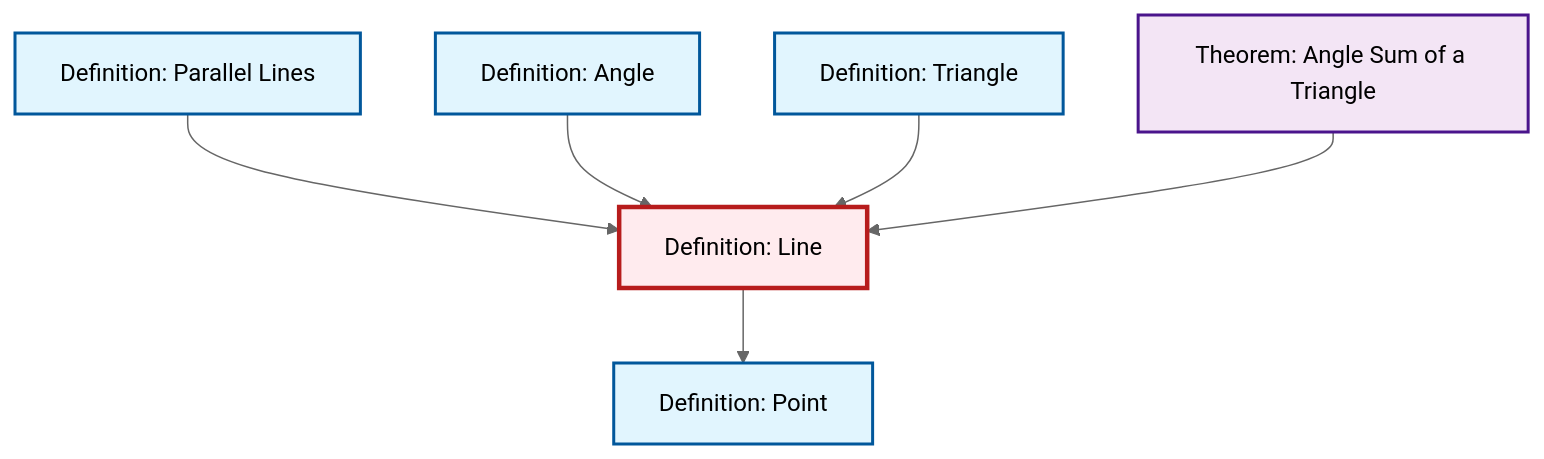
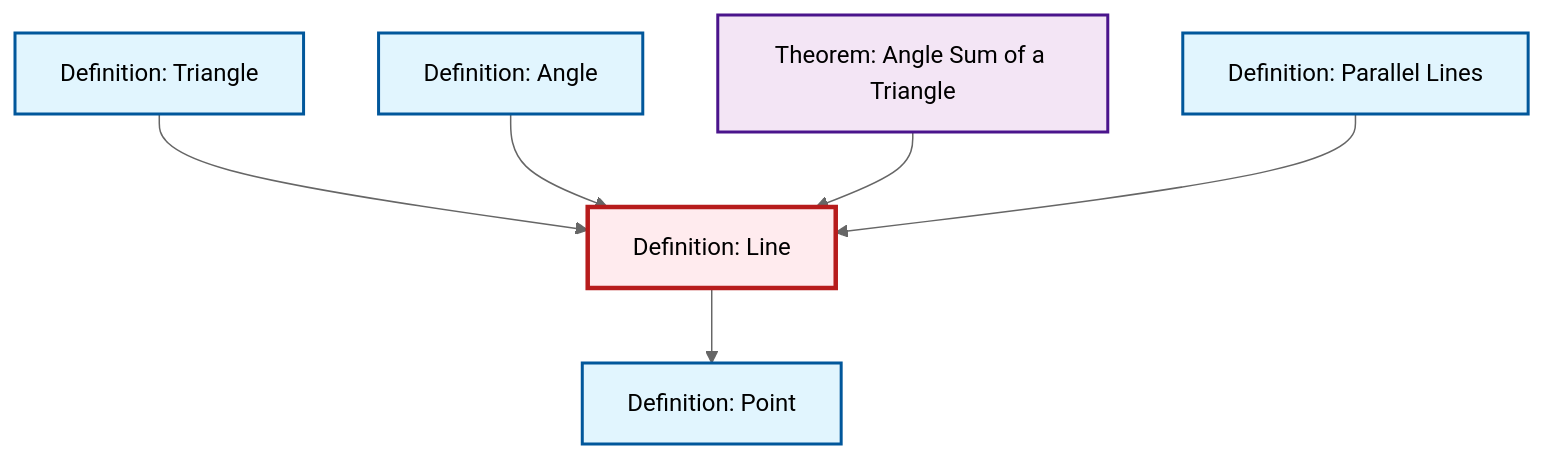
Before and after one commit to RK0429/ModernMath: the diagram in content/en/geometry/def-line.qmd, drawn with Mermaid (neutral theme). The commit also changed other lines of this file and 497 other files, not shown here.

````diff
--- a/content/en/geometry/def-line.qmd
+++ b/content/en/geometry/def-line.qmd
@@ -45,26 +45,26 @@
 ```{mermaid}
 %%| fig-cap: "Local dependency graph"
 graph TD
     classDef definition fill:#e1f5fe,stroke:#01579b,stroke-width:2px
     classDef theorem fill:#f3e5f5,stroke:#4a148c,stroke-width:2px
     classDef axiom fill:#fff3e0,stroke:#e65100,stroke-width:2px
     classDef example fill:#e8f5e9,stroke:#1b5e20,stroke-width:2px
     classDef current fill:#ffebee,stroke:#b71c1c,stroke-width:3px
     thm-angle-sum-triangle["Theorem: Angle Sum of a Triangle"]:::theorem
+    def-angle["Definition: Angle"]:::definition
+    def-point["Definition: Point"]:::definition
+    def-parallel["Definition: Parallel Lines"]:::definition
+    def-line["Definition: Line"]:::definition
     def-triangle["Definition: Triangle"]:::definition
-    def-angle["Definition: Angle"]:::definition
-    def-parallel["Definition: Parallel Lines"]:::definition
-    def-point["Definition: Point"]:::definition
-    def-line["Definition: Line"]:::definition
+    def-triangle --> def-line
+    def-line --> def-point
+    def-angle --> def-line
+    thm-angle-sum-triangle --> def-line
     def-parallel --> def-line
-    def-angle --> def-line
-    def-triangle --> def-line
-    thm-angle-sum-triangle --> def-line
-    def-line --> def-point
     class def-line current
     click thm-angle-sum-triangle "thm-angle-sum-triangle.html" "Go to Angle Sum of a Triangle theorem"
+    click def-angle "def-angle.html" "Go to Angle definition"
+    click def-point "def-point.html" "Go to Point definition"
+    click def-parallel "def-parallel.html" "Go to Parallel Lines definition"
     click def-triangle "def-triangle.html" "Go to Triangle definition"
-    click def-angle "def-angle.html" "Go to Angle definition"
-    click def-parallel "def-parallel.html" "Go to Parallel Lines definition"
-    click def-point "def-point.html" "Go to Point definition"
 ```
````
